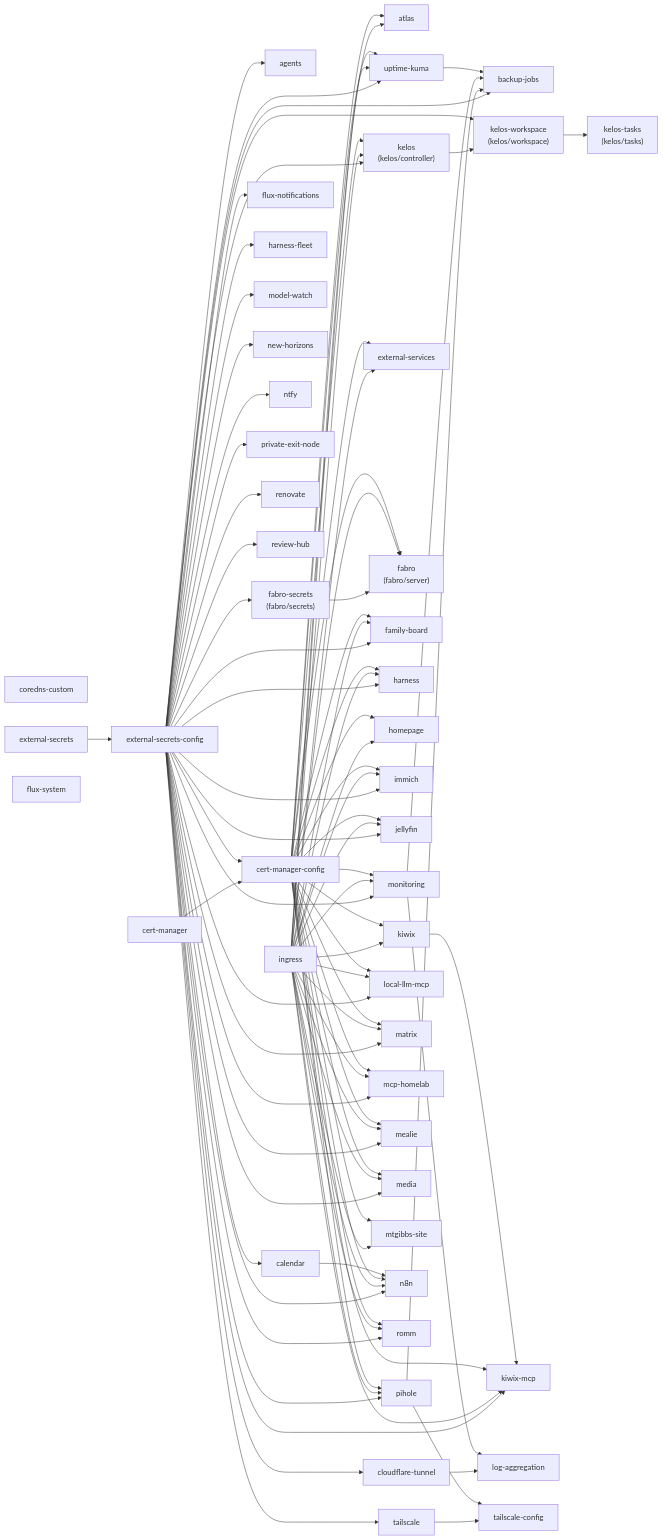
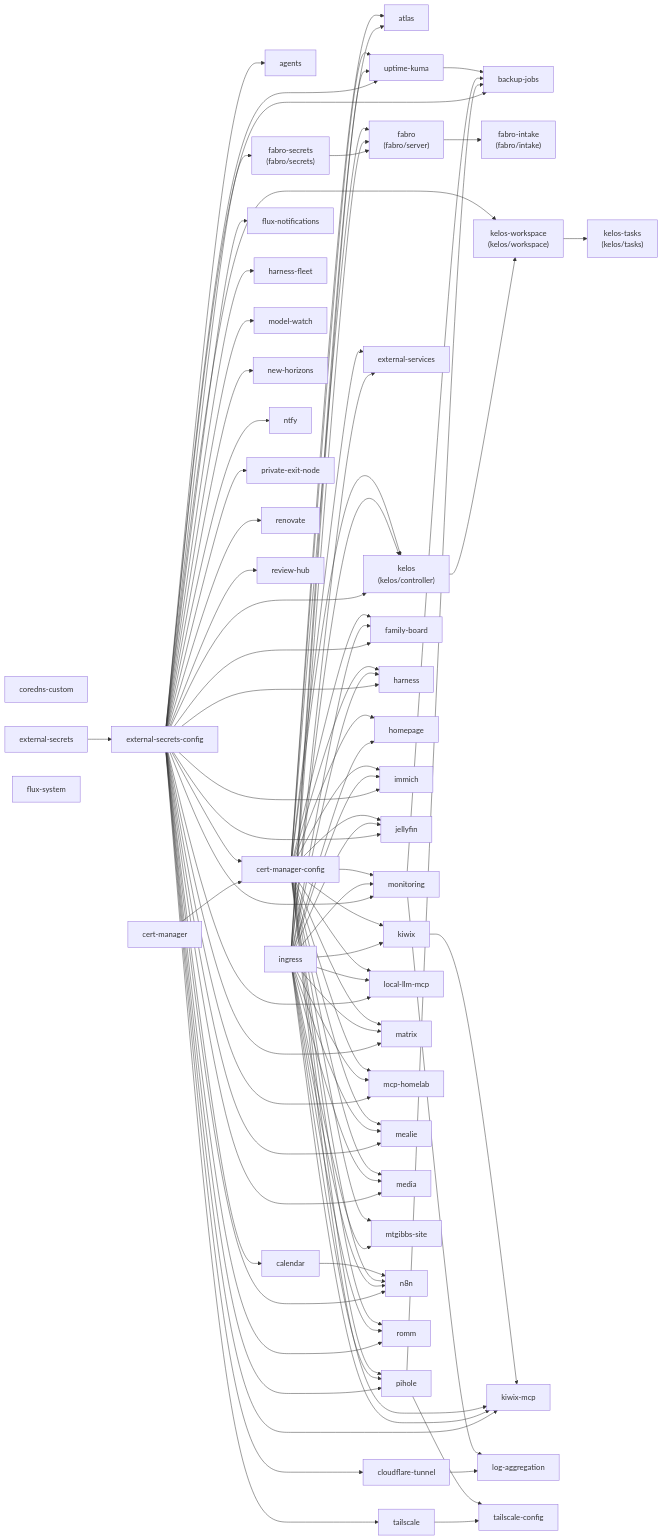
One commit to mtgibbs/pi-cluster changed the diagram in docs/domain-map.md. Above: the diagram before and after it, drawn with Mermaid. The commit also changed other lines of this file and 13 other files, not shown here.

First line of the commit message:
feat(fabro): deploy the factory intake

```diff
--- a/docs/domain-map.md
+++ b/docs/domain-map.md
@@ -79,6 +79,8 @@
   k1sskdlf --> k4x6ehp
   kkuvy6m --> k4x6ehp
   k19g0j44 --> k4x6ehp
+  k17bs84c["fabro-intake<br/>(fabro/intake)"]
+  k4x6ehp --> k17bs84c
   k1unc8vb --> k1sskdlf
   k1xirz5w["family-board"]
   k1unc8vb --> k1xirz5w
```
